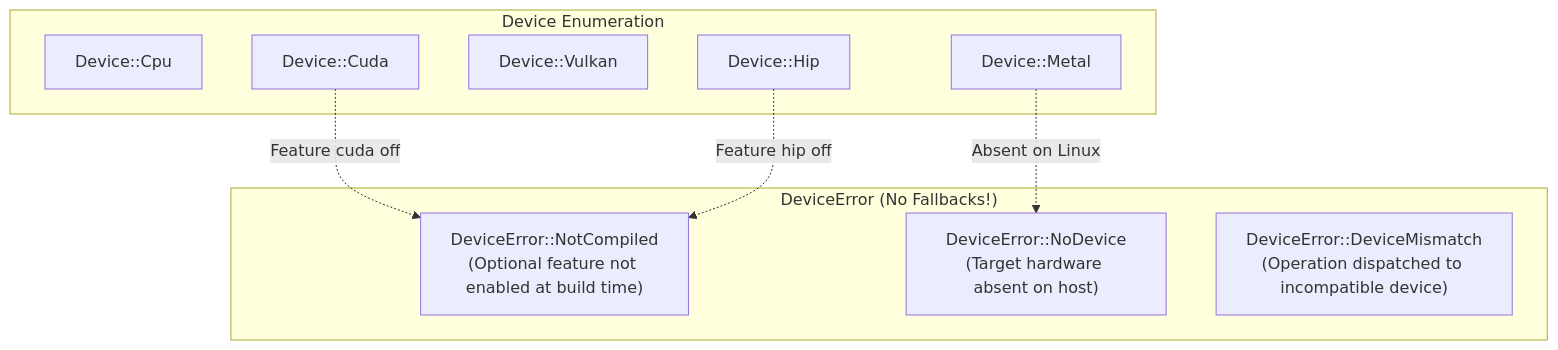
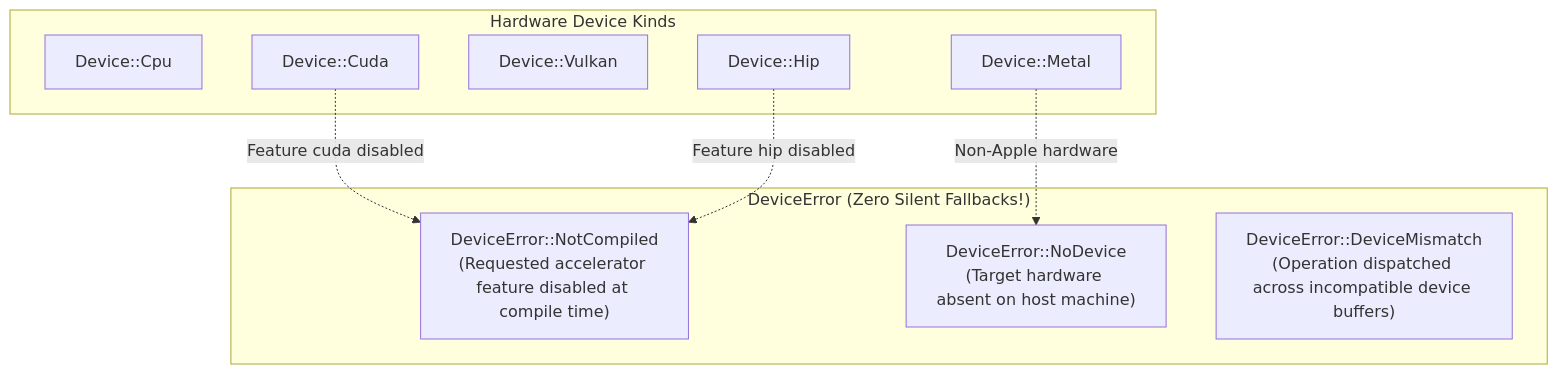
One commit to bharathvbcr/ojas changed the first of 2 diagrams in ojas-device/README.md. Above: the diagram before and after it, drawn with Mermaid. The commit also changed other lines of this file and 341 other files, not shown here.

````diff
--- a/ojas-device/README.md
+++ b/ojas-device/README.md
@@ -9,20 +9,20 @@
 ```mermaid
 flowchart TD
-    subgraph DeviceEnum["Device Enumeration"]
+    subgraph Enumeration["Hardware Device Kinds"]
         CPU["Device::Cpu"]
         Metal["Device::Metal"]
         Vulkan["Device::Vulkan"]
-        Cuda["Device::Cuda"]
-        Hip["Device::Hip"]
+        CUDA["Device::Cuda"]
+        HIP["Device::Hip"]
     end
 
-    subgraph ErrorDomain["DeviceError (No Fallbacks!)"]
-        NotCompiled["DeviceError::NotCompiled\n(Optional feature not enabled at build time)"]
-        NoDevice["DeviceError::NoDevice\n(Target hardware absent on host)"]
-        DeviceMismatch["DeviceError::DeviceMismatch\n(Operation dispatched to incompatible device)"]
+    subgraph ErrorTaxonomy["DeviceError (Zero Silent Fallbacks!)"]
+        NotCompiled["DeviceError::NotCompiled\n(Requested accelerator feature disabled at compile time)"]
+        NoDevice["DeviceError::NoDevice\n(Target hardware absent on host machine)"]
+        Mismatch["DeviceError::DeviceMismatch\n(Operation dispatched across incompatible device buffers)"]
     end
 
-    Metal -.->|Absent on Linux| NoDevice
-    Cuda -.->|Feature cuda off| NotCompiled
-    Hip -.->|Feature hip off| NotCompiled
+    CUDA -.->|Feature cuda disabled| NotCompiled
+    HIP -.->|Feature hip disabled| NotCompiled
+    Metal -.->|Non-Apple hardware| NoDevice
 ```
````
